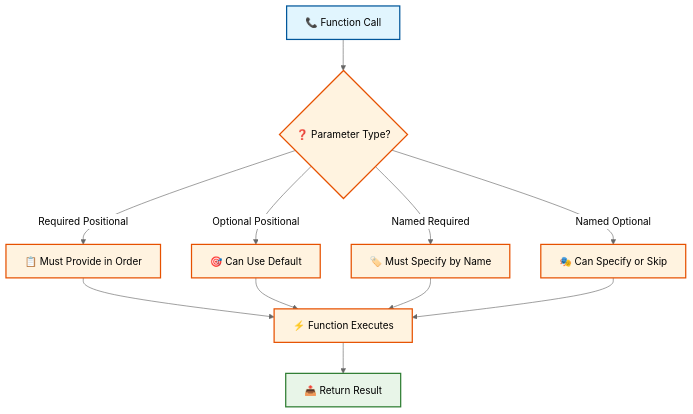
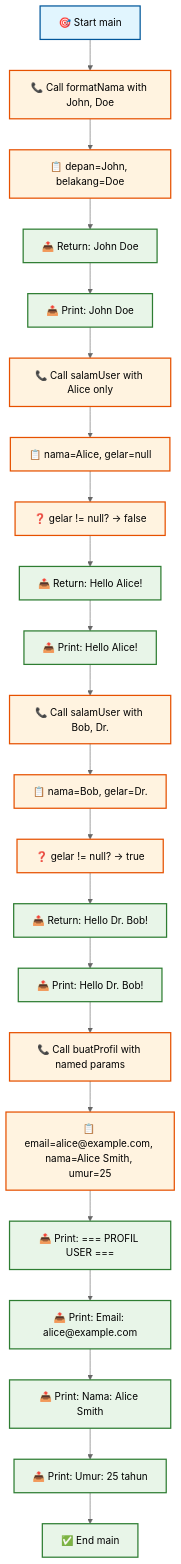
The eighth of 15 diagrams in minggu2.md (antonprafanto/flutter), drawn with Mermaid (neutral theme) before and after one commit. The commit also changed other lines of this file, not shown here.

````diff
--- a/minggu2.md
+++ b/minggu2.md
@@ -506,22 +629,47 @@
 ```mermaid
 flowchart TD
-    A[📞 Function Call] --> B{❓ Parameter Type?}
-    B -->|Required Positional| C[📋 Must Provide in Order]
-    B -->|Optional Positional| D[🎯 Can Use Default]
-    B -->|Named Required| E[🏷️ Must Specify by Name]
-    B -->|Named Optional| F[🎭 Can Specify or Skip]
-    C --> G[⚡ Function Executes]
-    D --> G
-    E --> G
-    F --> G
-    G --> H[📤 Return Result]
+    A[🎯 Start main] --> B[📞 Call formatNama with John, Doe]
+    B --> C[📋 depan=John, belakang=Doe]
+    C --> D[📤 Return: John Doe]
+    D --> E[📤 Print: John Doe]
+    E --> F[📞 Call salamUser with Alice only]
+    F --> G[📋 nama=Alice, gelar=null]
+    G --> H[❓ gelar != null? → false]
+    H --> I[📤 Return: Hello Alice!]
+    I --> J[📤 Print: Hello Alice!]
+    J --> K[📞 Call salamUser with Bob, Dr.]
+    K --> L[📋 nama=Bob, gelar=Dr.]
+    L --> M[❓ gelar != null? → true]
+    M --> N[📤 Return: Hello Dr. Bob!]
+    N --> O[📤 Print: Hello Dr. Bob!]
+    O --> P[📞 Call buatProfil with named params]
+    P --> Q[📋 email=alice@example.com, nama=Alice Smith, umur=25]
+    Q --> R[📤 Print: === PROFIL USER ===]
+    R --> S[📤 Print: Email: alice@example.com]
+    S --> T[📤 Print: Nama: Alice Smith]
+    T --> U[📤 Print: Umur: 25 tahun]
+    U --> V[✅ End main]
     
     style A fill:#e1f5fe,stroke:#01579b,stroke-width:2px,color:#000
     style B fill:#fff3e0,stroke:#e65100,stroke-width:2px,color:#000
     style C fill:#fff3e0,stroke:#e65100,stroke-width:2px,color:#000
-    style D fill:#fff3e0,stroke:#e65100,stroke-width:2px,color:#000
-    style E fill:#fff3e0,stroke:#e65100,stroke-width:2px,color:#000
+    style D fill:#e8f5e8,stroke:#2e7d32,stroke-width:2px,color:#000
+    style E fill:#e8f5e8,stroke:#2e7d32,stroke-width:2px,color:#000
     style F fill:#fff3e0,stroke:#e65100,stroke-width:2px,color:#000
     style G fill:#fff3e0,stroke:#e65100,stroke-width:2px,color:#000
-    style H fill:#e8f5e8,stroke:#2e7d32,stroke-width:2px,color:#000
+    style H fill:#fff3e0,stroke:#e65100,stroke-width:2px,color:#000
+    style I fill:#e8f5e8,stroke:#2e7d32,stroke-width:2px,color:#000
+    style J fill:#e8f5e8,stroke:#2e7d32,stroke-width:2px,color:#000
+    style K fill:#fff3e0,stroke:#e65100,stroke-width:2px,color:#000
+    style L fill:#fff3e0,stroke:#e65100,stroke-width:2px,color:#000
+    style M fill:#fff3e0,stroke:#e65100,stroke-width:2px,color:#000
+    style N fill:#e8f5e8,stroke:#2e7d32,stroke-width:2px,color:#000
+    style O fill:#e8f5e8,stroke:#2e7d32,stroke-width:2px,color:#000
+    style P fill:#fff3e0,stroke:#e65100,stroke-width:2px,color:#000
+    style Q fill:#fff3e0,stroke:#e65100,stroke-width:2px,color:#000
+    style R fill:#e8f5e8,stroke:#2e7d32,stroke-width:2px,color:#000
+    style S fill:#e8f5e8,stroke:#2e7d32,stroke-width:2px,color:#000
+    style T fill:#e8f5e8,stroke:#2e7d32,stroke-width:2px,color:#000
+    style U fill:#e8f5e8,stroke:#2e7d32,stroke-width:2px,color:#000
+    style V fill:#e8f5e8,stroke:#2e7d32,stroke-width:2px,color:#000
 ```
````
